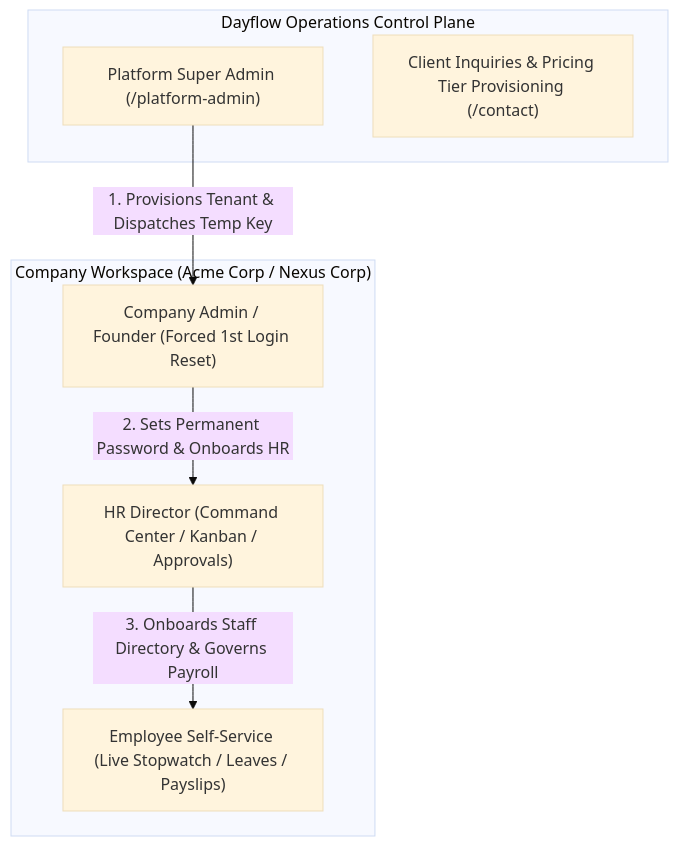
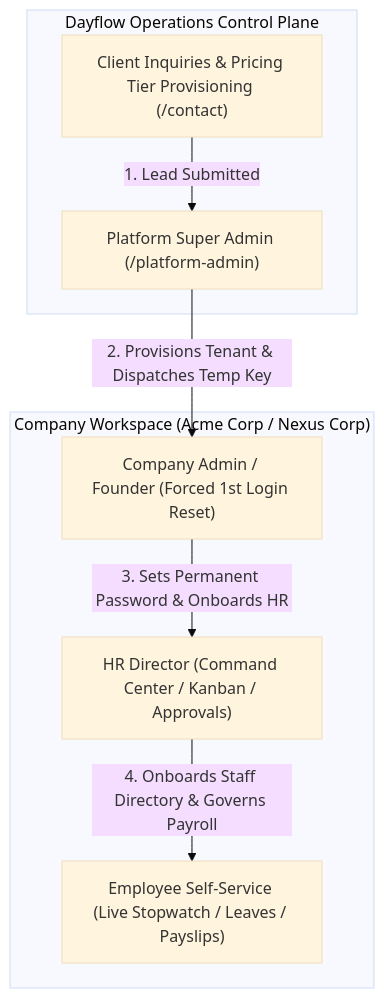
Before and after one commit to Harsha-code-per/ODOOXNMITX2026: the first of 2 diagrams in README.md, drawn with Mermaid (base theme). The commit also changed other lines of this file and 2 other files, not shown here.

````diff
--- a/README.md
+++ b/README.md
@@ -74,17 +71,18 @@
 ```mermaid
 flowchart TD
     subgraph ControlPlane ["Dayflow Operations Control Plane"]
         Owner["Platform Super Admin (/platform-admin)"]
         Inquiries["Client Inquiries & Pricing Tier Provisioning (/contact)"]
     end
 
     subgraph ClientWorkspace ["Company Workspace (Acme Corp / Nexus Corp)"]
         CEO["Company Admin / Founder (Forced 1st Login Reset)"]
         HR["HR Director (Command Center / Kanban / Approvals)"]
         Staff["Employee Self-Service (Live Stopwatch / Leaves / Payslips)"]
     end
 
-    Owner -->|1. Provisions Tenant & Dispatches Temp Key| CEO
-    CEO -->|2. Sets Permanent Password & Onboards HR| HR
-    HR -->|3. Onboards Staff Directory & Governs Payroll| Staff
+    Inquiries -->|1. Lead Submitted| Owner
+    Owner -->|2. Provisions Tenant & Dispatches Temp Key| CEO
+    CEO -->|3. Sets Permanent Password & Onboards HR| HR
+    HR -->|4. Onboards Staff Directory & Governs Payroll| Staff
 ```
````
